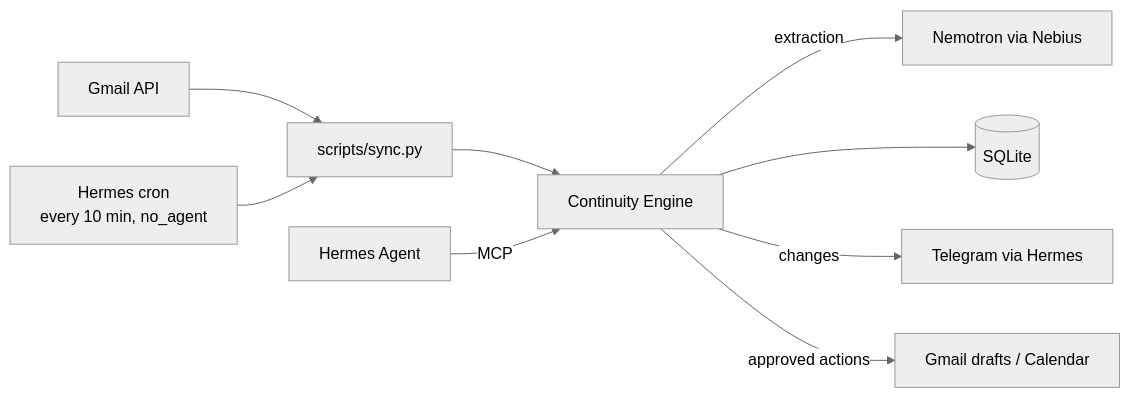
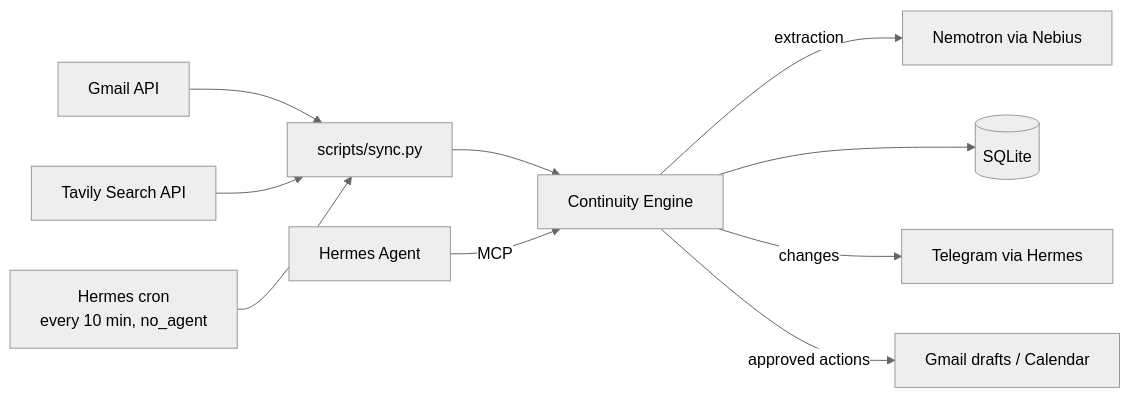
One commit to ADAMAMZAR/rickrolled_nebiusxtavily changed the diagram in continuum_phase_3.md. Above: the diagram before and after it, drawn with Mermaid (neutral theme). The commit also changed other lines of this file and 2 other files, not shown here.

First line of the commit message:
README Phase 2 section; add Tavily web watch and lookup to Phase 3

````diff
--- a/continuum_phase_3.md
+++ b/continuum_phase_3.md
@@ -34,11 +41,12 @@
 ```mermaid
 flowchart LR
     G[Gmail API] --> S[scripts/sync.py]
+    T[Tavily Search API] --> S
     CRON[Hermes cron<br/>every 10 min, no_agent] --> S
     S --> E[Continuity Engine]
     E -->|extraction| N[Nemotron via Nebius]
     E --> DB[(SQLite)]
     E -->|changes| TG[Telegram via Hermes]
     H[Hermes Agent] -->|MCP| E
     E -->|approved actions| GA[Gmail drafts / Calendar]
 ```
````
